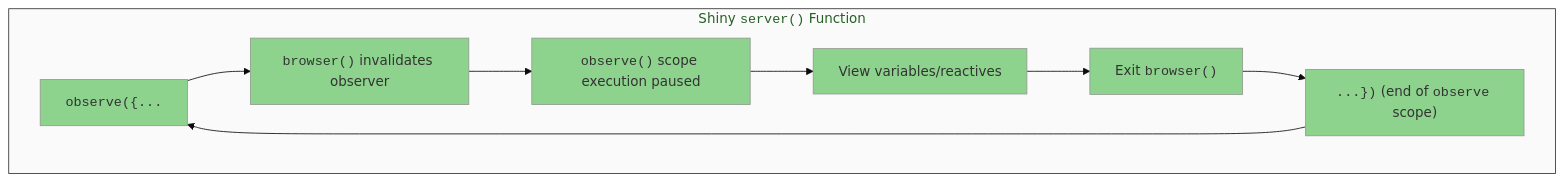
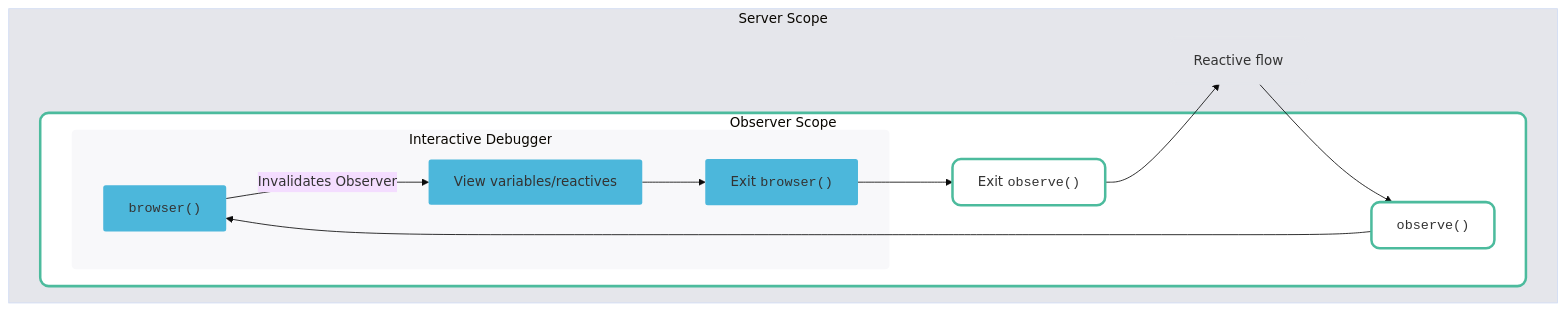
Before and after one commit to mjfrigaard/shiny-app-pkgs: the second of 2 diagrams in debugger.qmd, drawn with Mermaid. The commit also changed other lines of this file and 196 other files, not shown here.

````diff
--- a/debugger.qmd
+++ b/debugger.qmd
@@ -209,19 +169,30 @@
 ```{mermaid}
-%%| label: function_observe_browser
-%%| fig-width: 5.0
+%%| fig-width: 5
+%%| fig-height: 6
 %%| fig-align: center
-%%| fig-cap: '`observe()` and `browser()` functions'
-%%{init: {'theme': 'base', 'themeVariables': { 'fontFamily': 'Inconsolata', 'primaryColor': '#8dd38d', 'edgeLabelBackground':'#ffd700'}}}%%
+%%{init: {'theme': 'base', 'themeVariables': { 'fontFamily': 'Inconsolata'}}}%%
 flowchart TD
-    subgraph shinyServer["Shiny <code>server()</code> Function"]
-        S1["<code>observe({...</code>"]
-        S1 --> S2["<code>browser()</code> invalidates observer"]
-        S2 --> S3["<code>observe()</code> scope execution paused"]
-        S3 --> S4["View variables/reactives"]
-        S4 --> S5["Exit <code>browser()</code>"]
-        S5 --> S6["<code>...})</code> (end of <code>observe</code> scope)"]
-        S6 --> S1
+subgraph Function["Server Scope"]
+    Fun["Reactive flow"] --> Obs["<code>observe()</code>"]
+    subgraph Observer["Observer Scope"]
+        Obs --> Browser["<code>browser()</code>"]
+        subgraph Debugger["Interactive Debugger"]
+        Browser -- Invalidates Observer --> View["View variables/reactives"]
+        View --> ExitBrowser["Exit <code>browser()</code>"]
+        end
+        ExitBrowser --> ExitObserver["Exit <code>observe()</code>"]
     end
-    
-    style shinyServer fill:#fafafa,stroke:#333,stroke-width:1px
+    ExitObserver --> Fun
+end
+
+style Function fill:#E5E6EB
+style Fun fill:none,stroke:#E5E6EB,stroke-width:3px,rx:10,ry:10
+style Debugger fill:#F8F8FA,stroke:none,rx:5,ry:5
+style Observer fill:#FFFFFF,stroke:#4CBB9D,stroke-width:3px,rx:10,ry:10
+style Browser fill:#4CB7DB,stroke:none,rx:3,ry:3
+style View fill:#4CB7DB,stroke:none,rx:3,ry:3
+style ExitBrowser fill:#4CB7DB,stroke:none,rx:3,ry:3
+style Obs fill:#FFFFFF,stroke:#4CBB9D,stroke-width:3px,rx:10,ry:10
+style ExitObserver fill:#FFFFFF,stroke:#4CBB9D,stroke-width:3px,rx:10,ry:10
+
 ```
````
